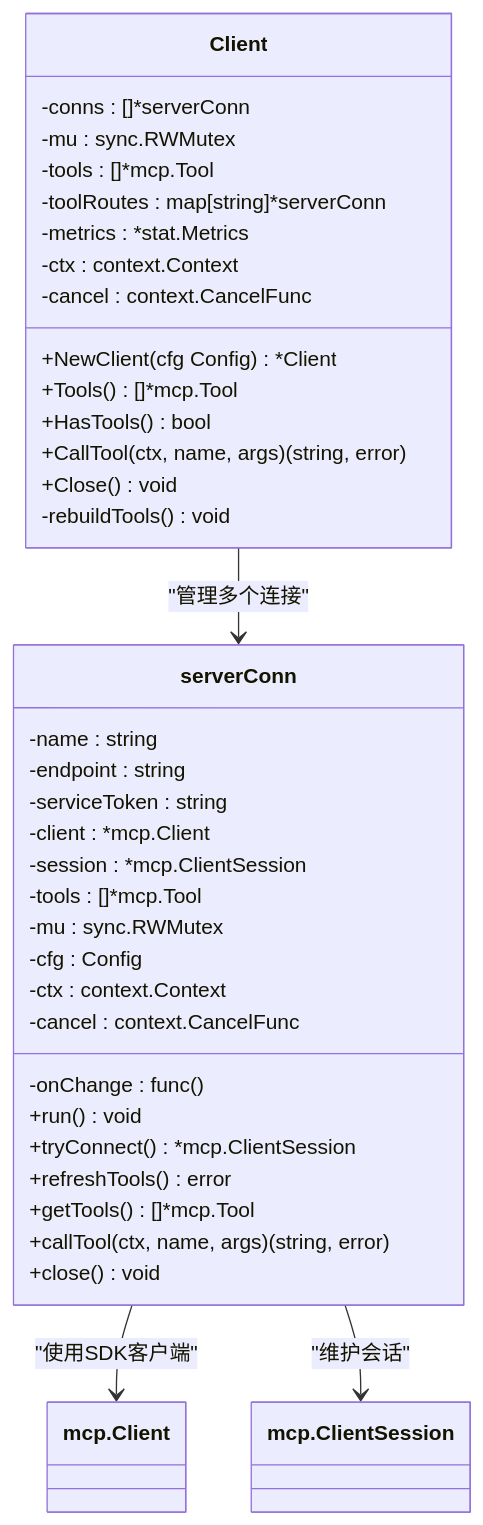
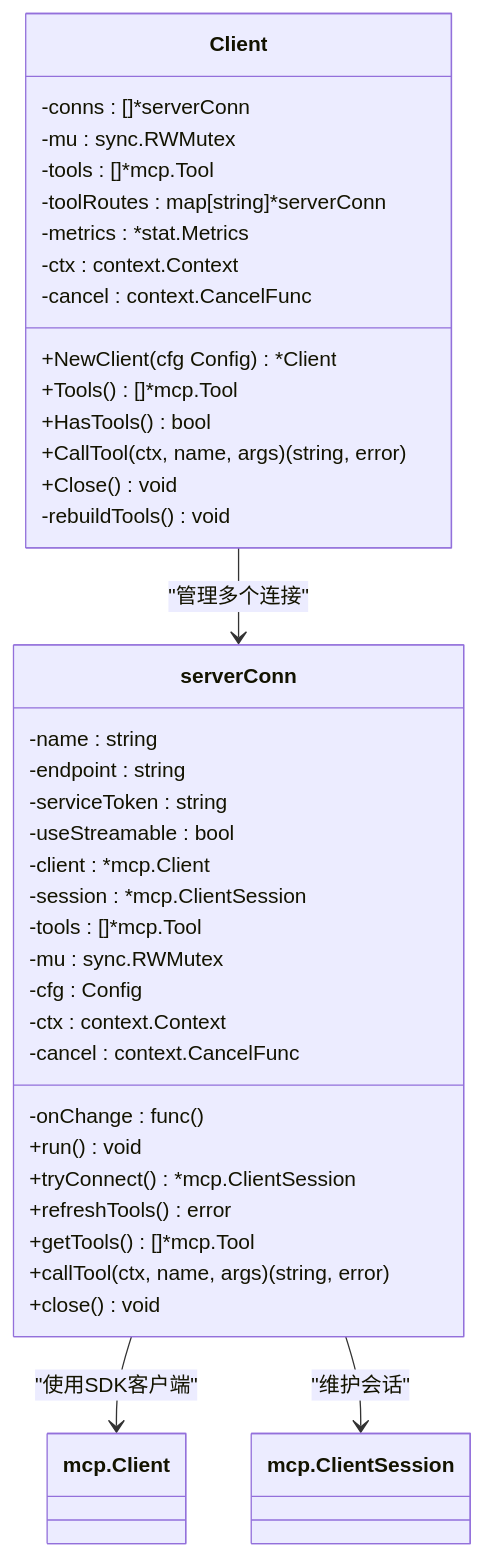
The third of 12 diagrams in .qoder/repowiki/zh/content/核心服务详解/Mcpx客户端包.md (maomao94/zero-service), drawn with Mermaid before and after one commit. The commit also changed other lines of this file and 29 other files, not shown here.

````diff
--- a/.qoder/repowiki/zh/content/核心服务详解/Mcpx客户端包.md
+++ b/.qoder/repowiki/zh/content/核心服务详解/Mcpx客户端包.md
@@ -165,40 +178,41 @@
 ```mermaid
 classDiagram
 class Client {
 -conns : []*serverConn
 -mu : sync.RWMutex
 -tools : []*mcp.Tool
 -toolRoutes : map[string]*serverConn
 -metrics : *stat.Metrics
 -ctx : context.Context
 -cancel : context.CancelFunc
 +NewClient(cfg Config) *Client
 +Tools() []*mcp.Tool
 +HasTools() bool
 +CallTool(ctx, name, args) (string, error)
 +Close() void
 -rebuildTools() void
 }
 class serverConn {
 -name : string
 -endpoint : string
 -serviceToken : string
+-useStreamable : bool
 -client : *mcp.Client
 -session : *mcp.ClientSession
 -tools : []*mcp.Tool
 -mu : sync.RWMutex
 -cfg : Config
 -onChange : func()
 -ctx : context.Context
 -cancel : context.CancelFunc
 +run() void
 +tryConnect() *mcp.ClientSession
 +refreshTools() error
 +getTools() []*mcp.Tool
 +callTool(ctx, name, args) (string, error)
 +close() void
 }
 Client --> serverConn : "管理多个连接"
 serverConn --> mcp.Client : "使用SDK客户端"
 serverConn --> mcp.ClientSession : "维护会话"
 ```
````
